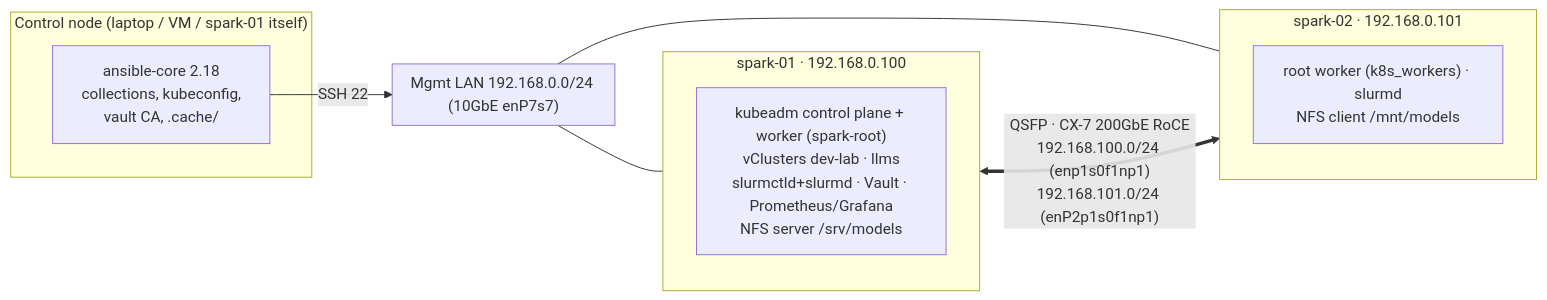
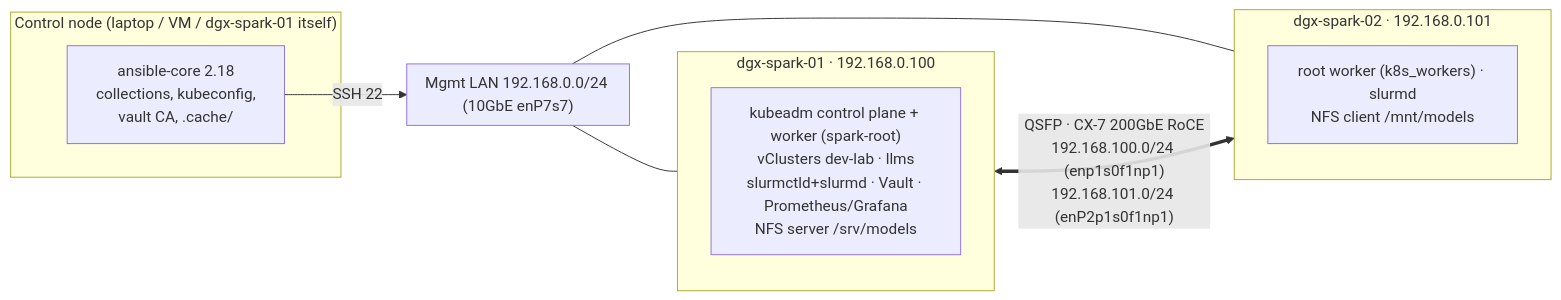
Before and after one commit to cloudone365/technical-depth: the diagram in 01 Ansible/lab/README.md, drawn with Mermaid. The commit also changed other lines of this file and 88 other files, not shown here.

First line of the commit message:
Rename the Spark hosts to dgx-spark-01 / dgx-spark-02

````diff
--- a/01 Ansible/lab/README.md
+++ b/01 Ansible/lab/README.md
@@ -56,18 +56,18 @@
 ```mermaid
 flowchart LR
-  subgraph CTL["Control node (laptop / VM / spark-01 itself)"]
+  subgraph CTL["Control node (laptop / VM / dgx-spark-01 itself)"]
     A["ansible-core 2.18<br/>collections, kubeconfig,<br/>vault CA, .cache/"]
   end
   subgraph MGMT["Mgmt LAN 192.168.0.0/24 (10GbE enP7s7)"]
   end
-  subgraph S1["spark-01 · 192.168.0.100"]
+  subgraph S1["dgx-spark-01 · 192.168.0.100"]
     S1a["kubeadm control plane + worker (spark-root)<br/>vClusters dev-lab · llms<br/>slurmctld+slurmd · Vault · Prometheus/Grafana<br/>NFS server /srv/models"]
   end
-  subgraph S2["spark-02 · 192.168.0.101"]
+  subgraph S2["dgx-spark-02 · 192.168.0.101"]
     S2a["root worker (k8s_workers) · slurmd<br/>NFS client /mnt/models"]
   end
   A -- SSH 22 --> MGMT
   MGMT --- S1
   MGMT --- S2
   S1 <== "QSFP · CX-7 200GbE RoCE<br/>192.168.100.0/24 (enp1s0f1np1)<br/>192.168.101.0/24 (enP2p1s0f1np1)" ==> S2
 ```
````
